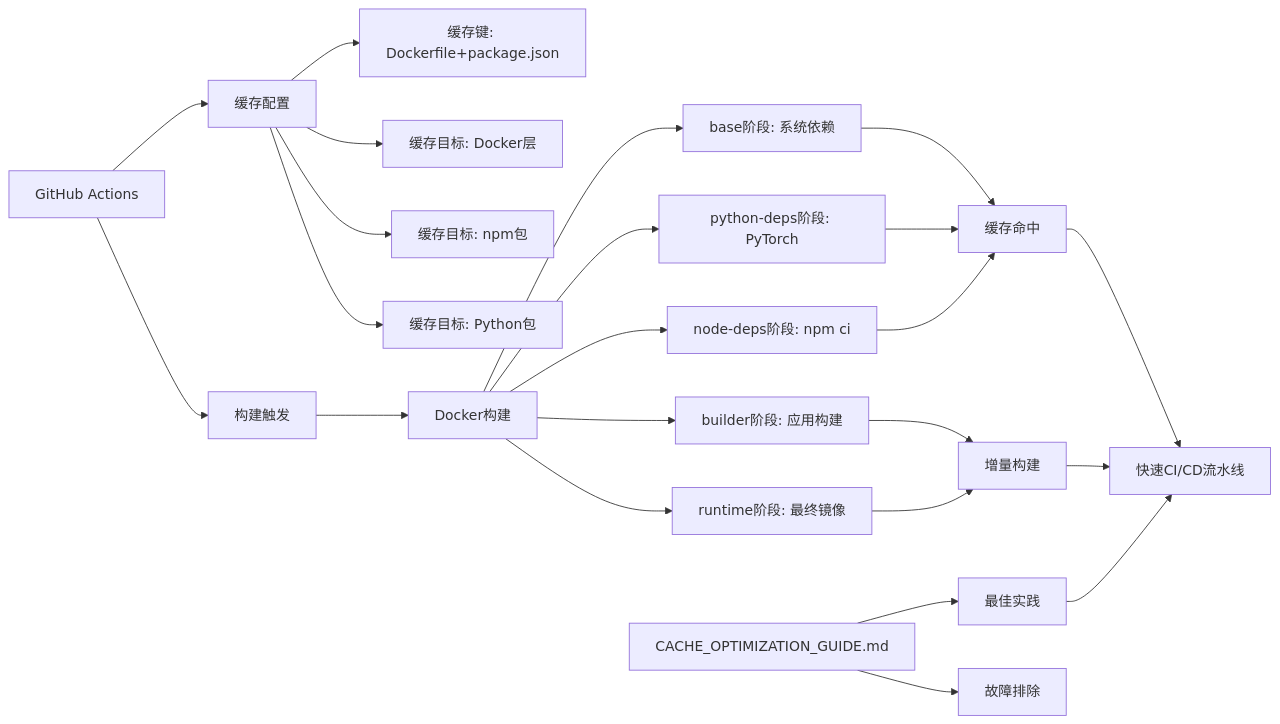
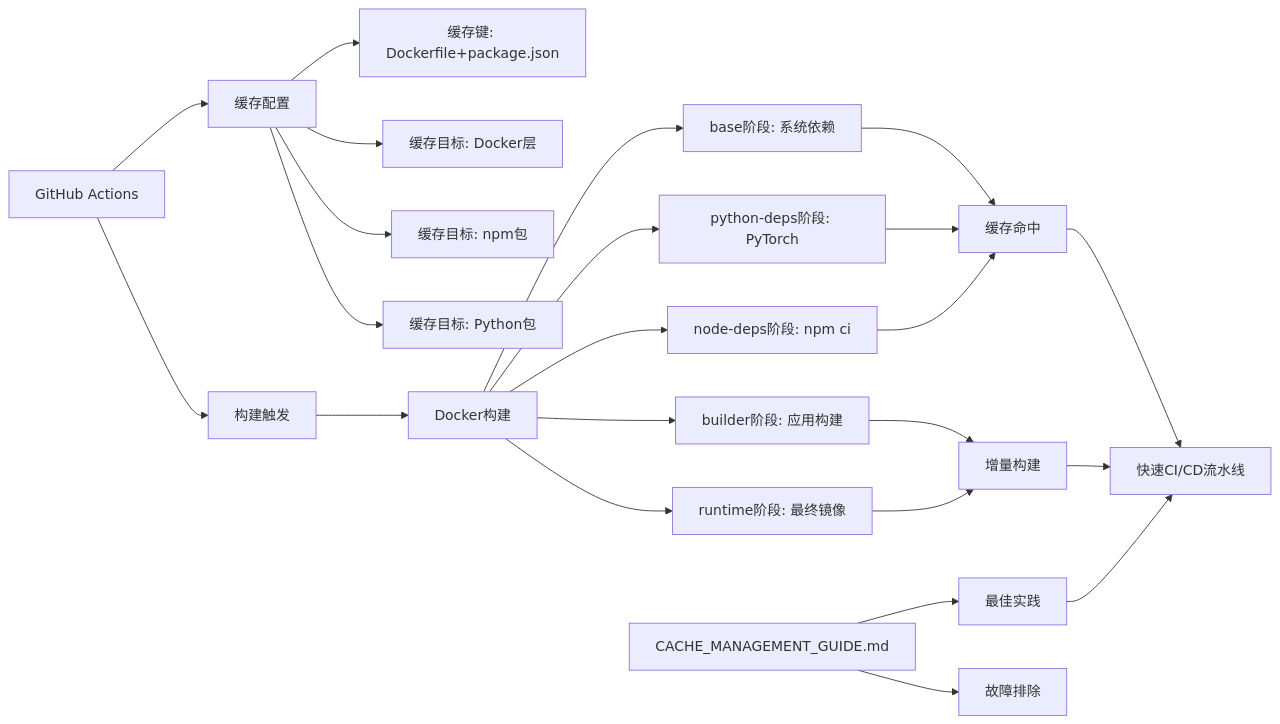
The second of 7 diagrams in .qoder/repowiki/zh/content/部署与运维.md (arthurlee116/english-listening-trainer), drawn with Mermaid before and after one commit. The commit also changed other lines of this file and 12 other files, not shown here.

````diff
--- a/.qoder/repowiki/zh/content/部署与运维.md
+++ b/.qoder/repowiki/zh/content/部署与运维.md
@@ -107,20 +114,20 @@
 ```mermaid
 graph LR
 A[GitHub Actions] --> B[缓存配置]
 A --> C[构建触发]
 B --> D[缓存键: Dockerfile+package.json]
 B --> E[缓存目标: Docker层]
 B --> F[缓存目标: npm包]
 B --> G[缓存目标: Python包]
 C --> H[Docker构建]
 H --> I[base阶段: 系统依赖]
 H --> J[python-deps阶段: PyTorch]
 H --> K[node-deps阶段: npm ci]
 H --> L[builder阶段: 应用构建]
 H --> M[runtime阶段: 最终镜像]
 I & J & K --> N[缓存命中]
 L & M --> O[增量构建]
-P[CACHE_OPTIMIZATION_GUIDE.md] --> Q[最佳实践]
+P[CACHE_MANAGEMENT_GUIDE.md] --> Q[最佳实践]
 P --> R[故障排除]
 N & O & Q --> S[快速CI/CD流水线]
 ```
````
